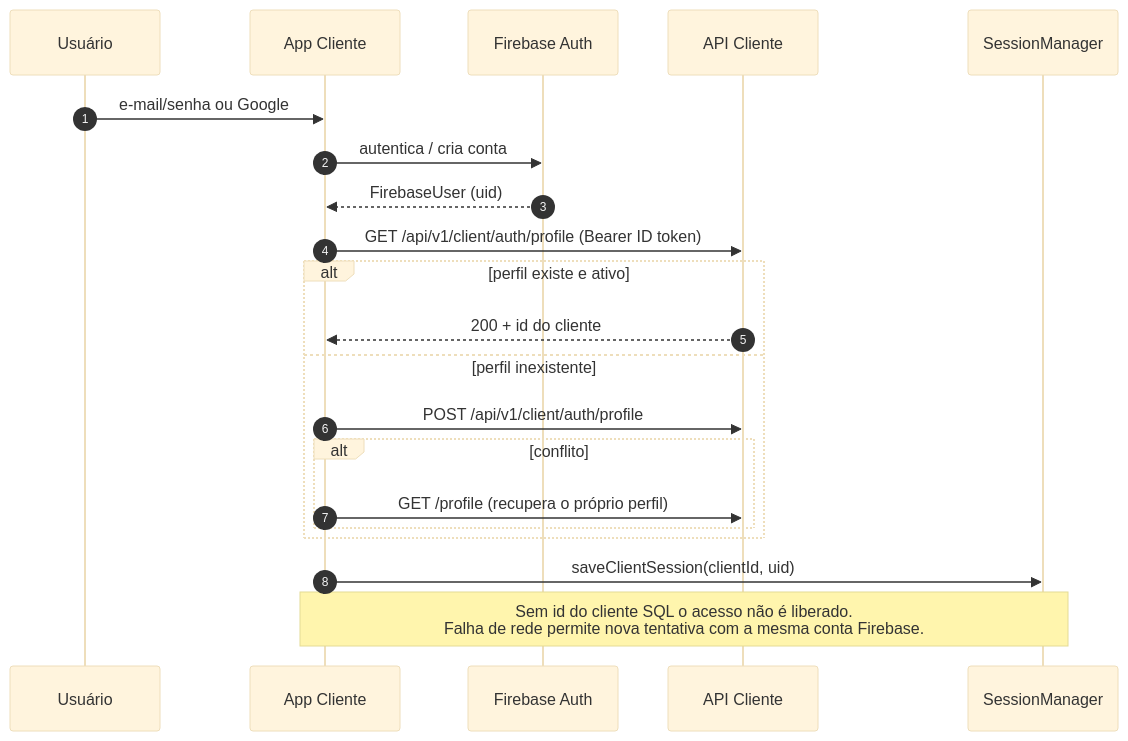
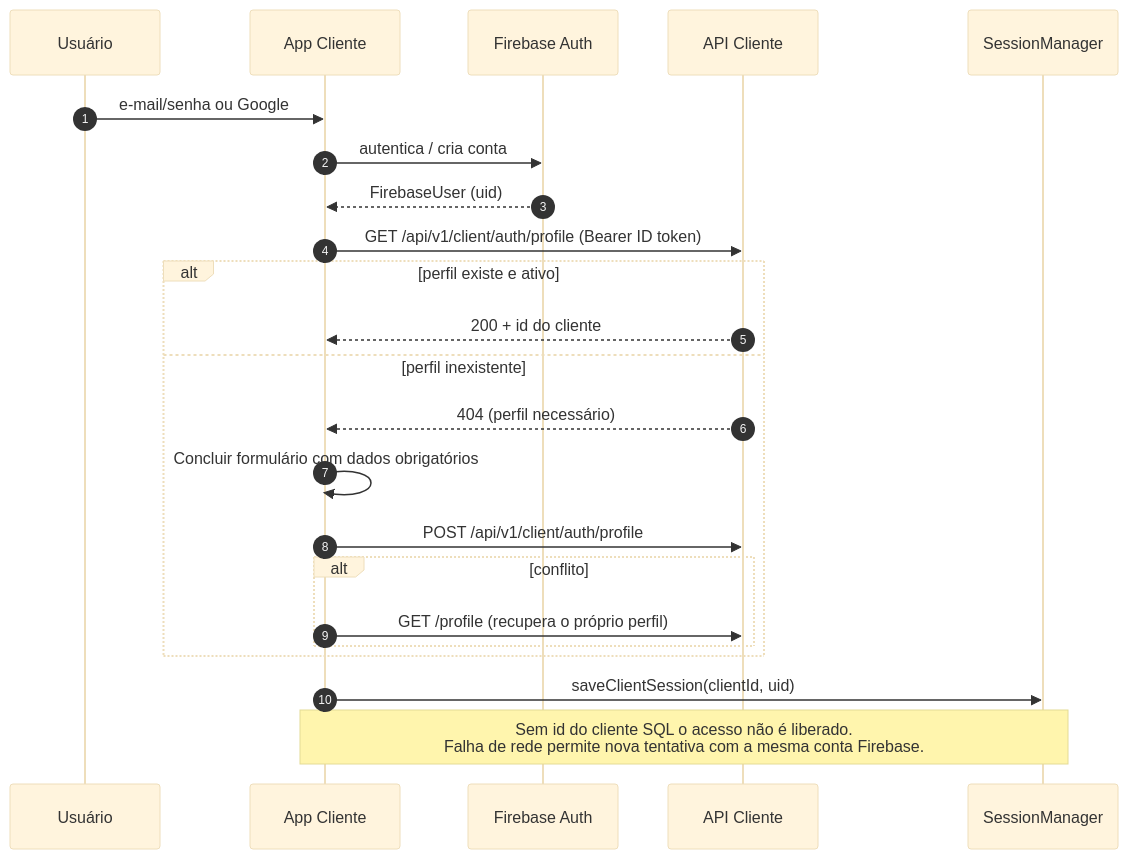
One commit to Mottainai-One/Mottainai-Mobile-Cliente changed the fourth of 5 diagrams in README.md. Above: the diagram before and after it, drawn with Mermaid (base theme). The commit also changed other lines of this file, not shown here.

````diff
--- a/README.md
+++ b/README.md
@@ -306,24 +306,26 @@
 ```mermaid
 sequenceDiagram
     autonumber
     participant U as Usuário
     participant App as App Cliente
     participant FB as Firebase Auth
     participant API as API Cliente
     participant SM as SessionManager
 
     U->>App: e-mail/senha ou Google
     App->>FB: autentica / cria conta
     FB-->>App: FirebaseUser (uid)
     App->>API: GET /api/v1/client/auth/profile (Bearer ID token)
     alt perfil existe e ativo
         API-->>App: 200 + id do cliente
     else perfil inexistente
+        API-->>App: 404 (perfil necessário)
+        App->>App: Concluir formulário com dados obrigatórios
         App->>API: POST /api/v1/client/auth/profile
         alt conflito
             App->>API: GET /profile (recupera o próprio perfil)
         end
     end
     App->>SM: saveClientSession(clientId, uid)
     Note over App,SM: Sem id do cliente SQL o acesso não é liberado.<br/>Falha de rede permite nova tentativa com a mesma conta Firebase.
 ```
````
